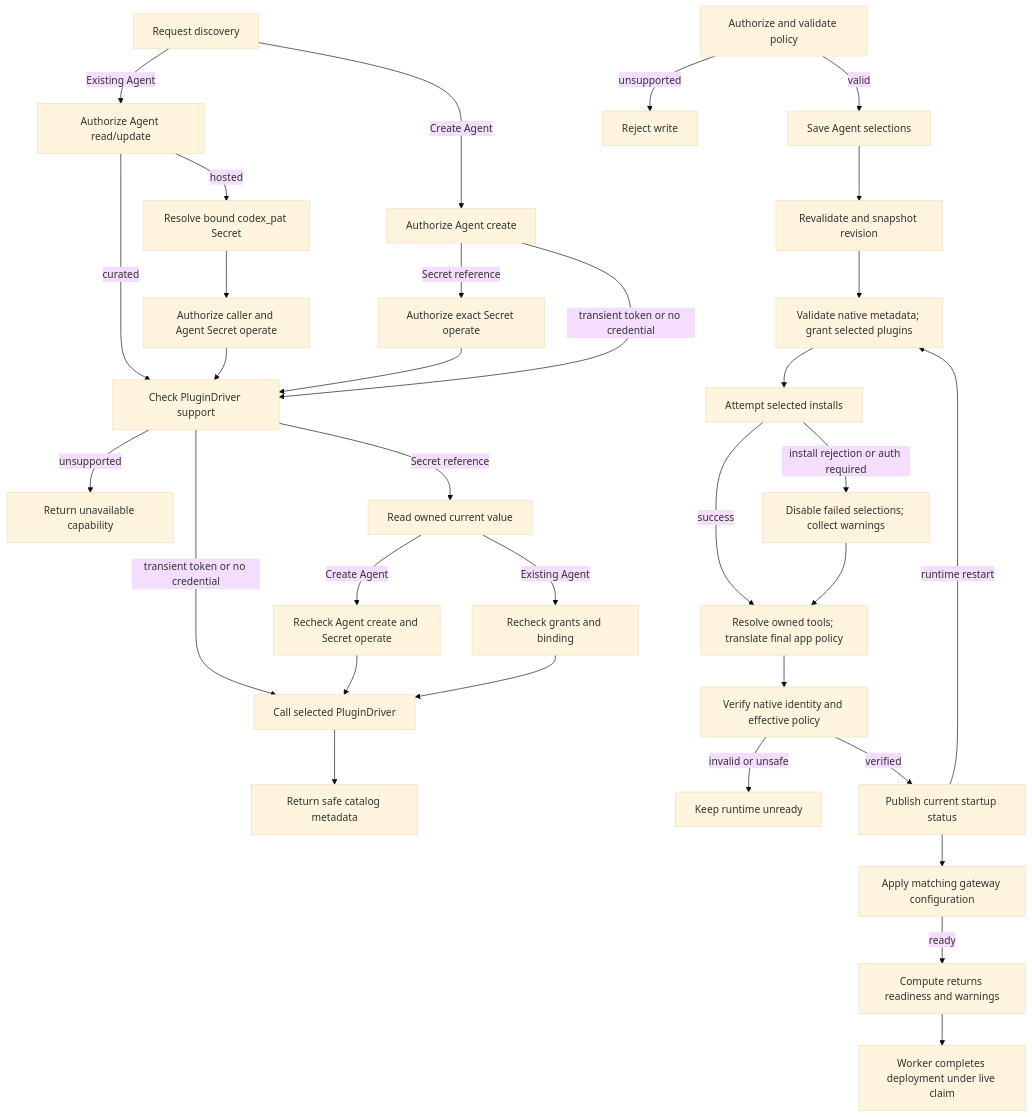
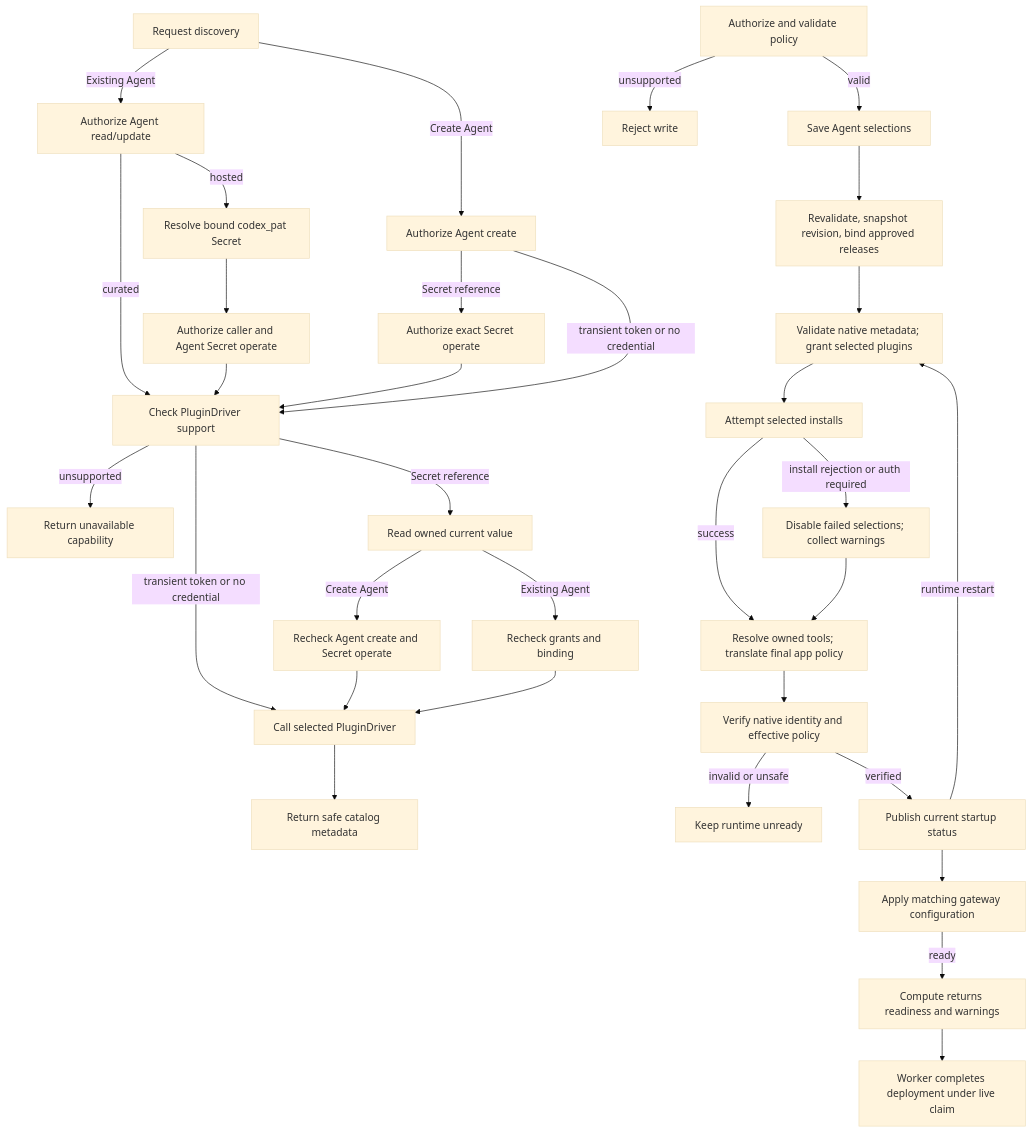
One commit to IAMSamuelRodda/openclaw-enterprise changed the diagram in docs/flows/agent-plugins.md. Above: the diagram before and after it, drawn with Mermaid (base theme). The commit also changed other lines of this file and 22 other files, not shown here.

````diff
--- a/docs/flows/agent-plugins.md
+++ b/docs/flows/agent-plugins.md
@@ -30,35 +30,35 @@
 ```mermaid
 graph TD
   D0["Request discovery"] -->|Create Agent| D1["Authorize Agent create"]
   D0 -->|Existing Agent| E0["Authorize Agent read/update"]
   E0 -->|curated| D6
   E0 -->|hosted| E1["Resolve bound codex_pat Secret"]
   E1 --> E2["Authorize caller and Agent Secret operate"]
   E2 --> D6
   D1 -->|Secret reference| D2["Authorize exact Secret operate"]
   D2 --> D6["Check PluginDriver support"]
   D1 -->|transient token or no credential| D6
   D6 -->|unsupported| D7["Return unavailable capability"]
   D6 -->|Secret reference| D3["Read owned current value"]
   D6 -->|transient token or no credential| D4["Call selected PluginDriver"]
   D3 -->|Create Agent| E4["Recheck Agent create and Secret operate"]
   E4 --> D4
   D3 -->|Existing Agent| E3["Recheck grants and binding"]
   E3 --> D4
   D4 --> D5["Return safe catalog metadata"]
   A["Authorize and validate policy"] -->|valid| S["Save Agent selections"]
   A -->|unsupported| Y["Reject write"]
-  S --> B["Revalidate and snapshot revision"]
+  S --> B["Revalidate, snapshot revision, bind approved releases"]
   B --> C["Validate native metadata; grant selected plugins"]
   C --> D["Attempt selected installs"]
   D -->|install rejection or auth required| E["Disable failed selections; collect warnings"]
   D -->|success| T["Resolve owned tools; translate final app policy"]
   E --> T
   T --> F["Verify native identity and effective policy"]
   F -->|invalid or unsafe| X["Keep runtime unready"]
   F -->|verified| G["Publish current startup status"]
   G --> H["Apply matching gateway configuration"]
   H -->|ready| I["Compute returns readiness and warnings"]
   I --> J["Worker completes deployment under live claim"]
   G -->|runtime restart| C
 ```
````
